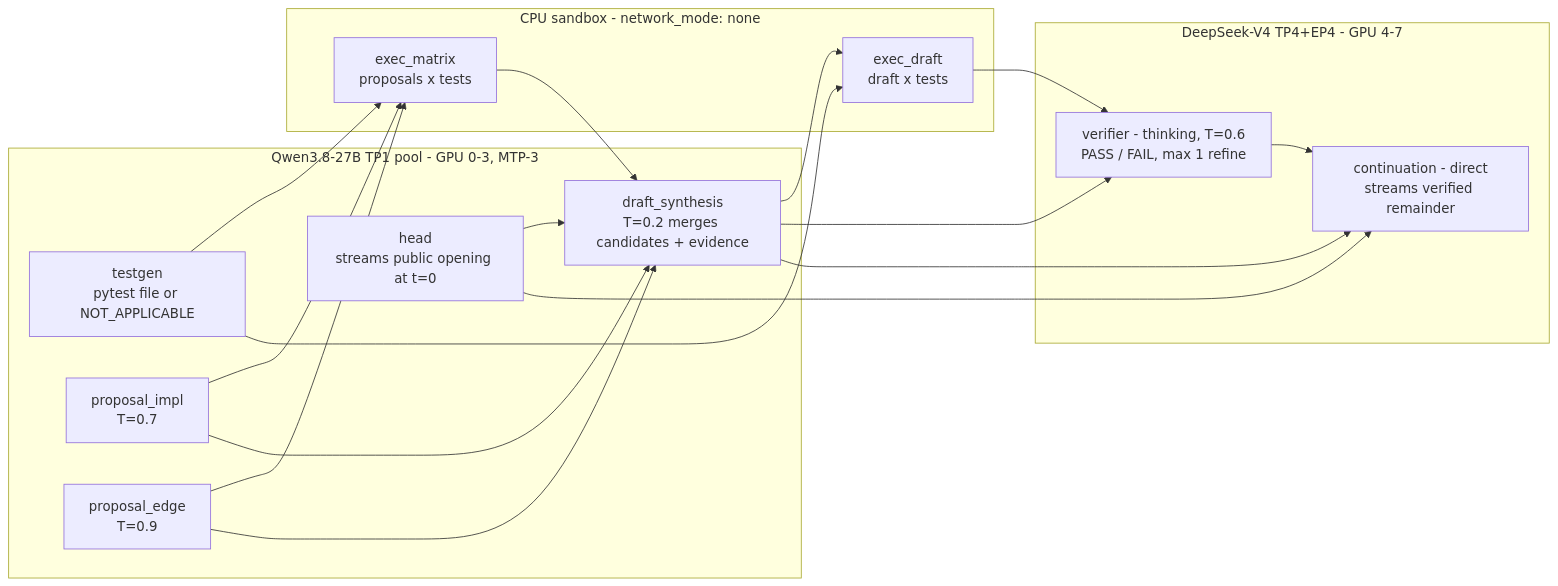
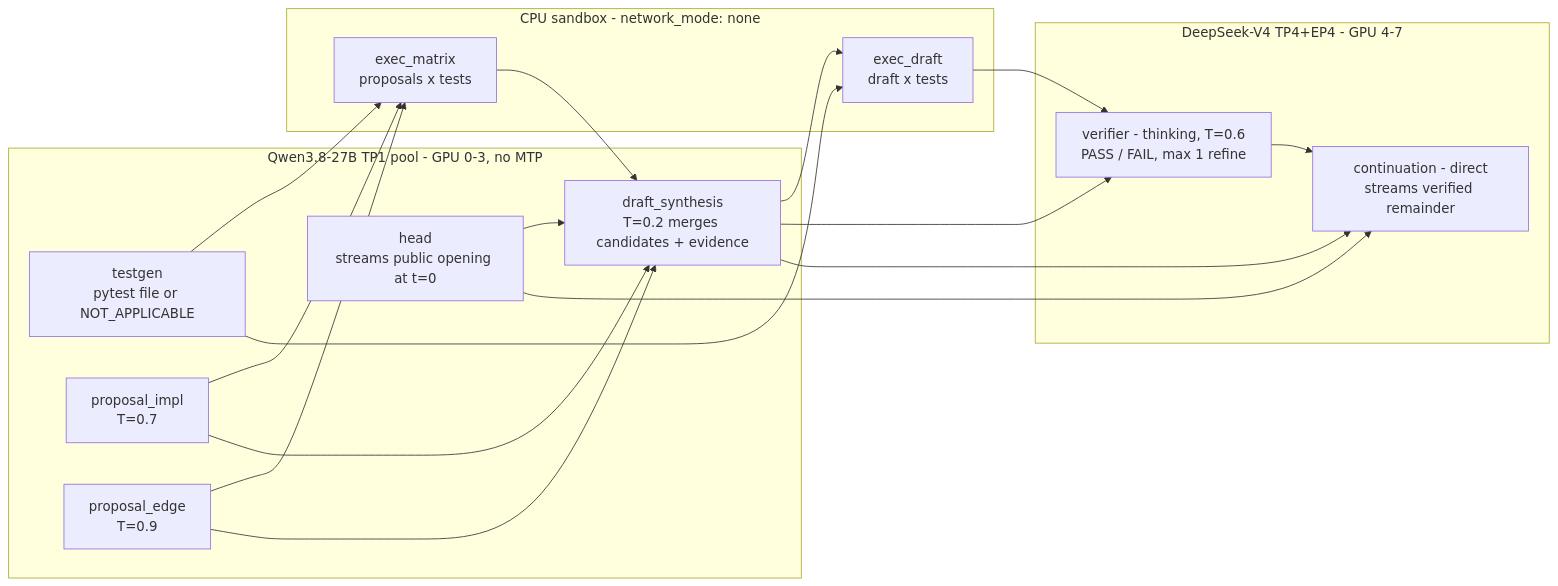
One commit to ytworks/kairyu changed the second of 3 diagrams in examples/qwen3.8-deepseek-v4-8gpu/README.md. Above: the diagram before and after it, drawn with Mermaid. The commit also changed other lines of this file and 5 other files, not shown here.

Commit message:
fix(example): keep Qwen MTP candidate-only

````diff
--- a/examples/qwen3.8-deepseek-v4-8gpu/README.md
+++ b/examples/qwen3.8-deepseek-v4-8gpu/README.md
@@ -67,32 +67,32 @@
 ```mermaid
 flowchart LR
-    subgraph Q["Qwen3.8-27B TP1 pool - GPU 0-3, MTP-3"]
+    subgraph Q["Qwen3.8-27B TP1 pool - GPU 0-3, no MTP"]
         H["head<br/>streams public opening at t=0"]
         T["testgen<br/>pytest file or NOT_APPLICABLE"]
         P1["proposal_impl<br/>T=0.7"]
         P2["proposal_edge<br/>T=0.9"]
         S["draft_synthesis<br/>T=0.2 merges candidates + evidence"]
     end
     subgraph X["CPU sandbox - network_mode: none"]
         E1["exec_matrix<br/>proposals x tests"]
         E2["exec_draft<br/>draft x tests"]
     end
     subgraph D["DeepSeek-V4 TP4+EP4 - GPU 4-7"]
         V["verifier - thinking, T=0.6<br/>PASS / FAIL, max 1 refine"]
         C["continuation - direct<br/>streams verified remainder"]
     end
     T --> E1
     P1 --> E1
     P2 --> E1
     H --> S
     P1 --> S
     P2 --> S
     E1 --> S
     S --> E2
     T --> E2
     S --> V
     E2 --> V
     V --> C
     H --> C
     S --> C
 ```
````
